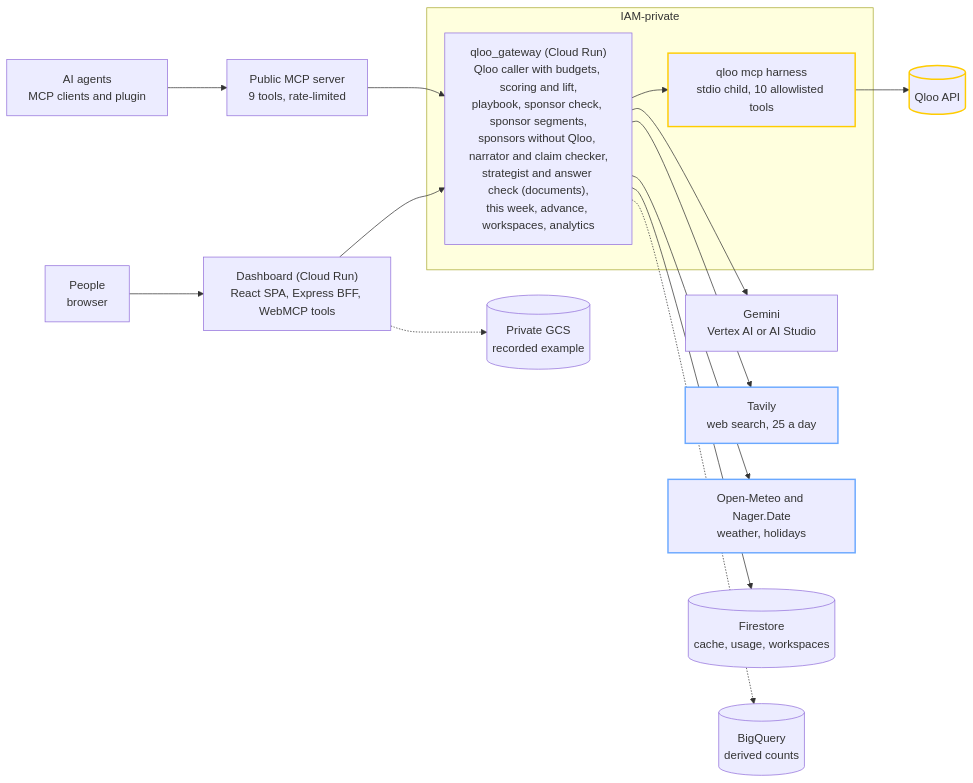
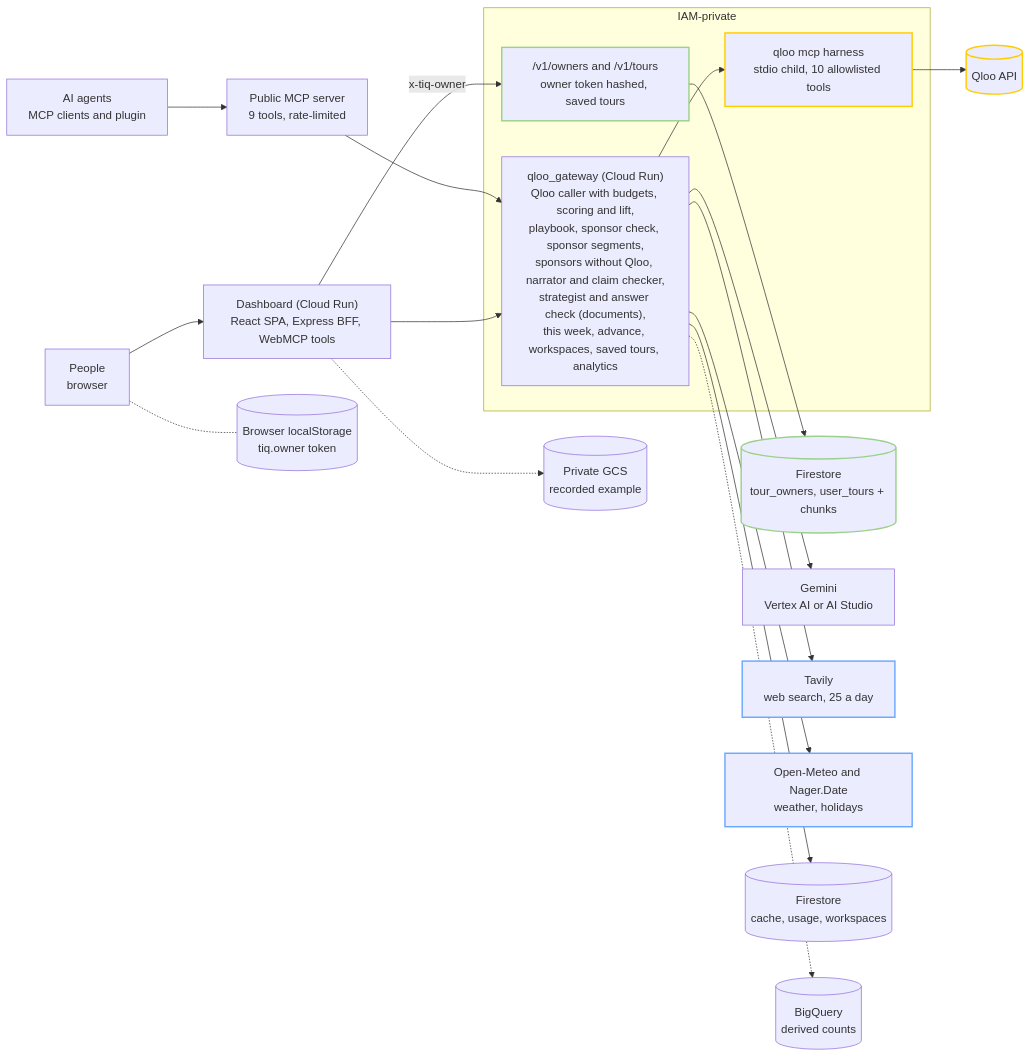
One commit to prats-2311/tour-intelligence-qloo changed the first of 2 diagrams in README.md. Above: the diagram before and after it, drawn with Mermaid. The commit also changed other lines of this file and 5 other files, not shown here.

First line of the commit message:
docs: Saved tours (README, architecture diagrams, ADR 0009)

````diff
--- a/README.md
+++ b/README.md
@@ -171,22 +172,28 @@
 ```mermaid
 flowchart LR
   U[People<br/>browser] --> D
   A[AI agents<br/>MCP clients and plugin] --> P
   D["Dashboard (Cloud Run)<br/>React SPA, Express BFF, WebMCP tools"] --> G
   D -.-> S[(Private GCS<br/>recorded example)]
+  U -.- LS[(Browser localStorage<br/>tiq.owner token)]
   P["Public MCP server<br/>9 tools, rate-limited"] --> G
   subgraph PRIV["IAM-private"]
-    G["qloo_gateway (Cloud Run)<br/>Qloo caller with budgets, scoring and lift,<br/>playbook, sponsor check, sponsor segments,<br/>sponsors without Qloo, narrator and claim checker,<br/>strategist and answer check (documents),<br/>this week, advance, workspaces, analytics"]
+    G["qloo_gateway (Cloud Run)<br/>Qloo caller with budgets, scoring and lift,<br/>playbook, sponsor check, sponsor segments,<br/>sponsors without Qloo, narrator and claim checker,<br/>strategist and answer check (documents),<br/>this week, advance, workspaces, saved tours, analytics"]
+    TG["/v1/owners and /v1/tours<br/>owner token hashed, saved tours"]
     H["qloo mcp harness<br/>stdio child, 10 allowlisted tools"]
   end
+  TG --> TF[(Firestore<br/>tour_owners, user_tours + chunks)]
   G --> H --> Q[(Qloo API)]
   G --> V[Gemini<br/>Vertex AI or AI Studio]
   G --> T[Tavily<br/>web search, 25 a day]
   G --> W["Open-Meteo and Nager.Date<br/>weather, holidays"]
+  D -->|"x-tiq-owner"| TG
   G --> F[(Firestore<br/>cache, usage, workspaces)]
   G -.-> B[(BigQuery<br/>derived counts)]
+  classDef saved stroke:#9bd18b,stroke-width:2px;
+  class TG,TF saved;
   classDef qloo stroke:#ffcc00,stroke-width:2px;
   classDef web stroke:#6aa8ff,stroke-width:2px;
   class H,Q qloo;
   class T,W web;
 ```
````
